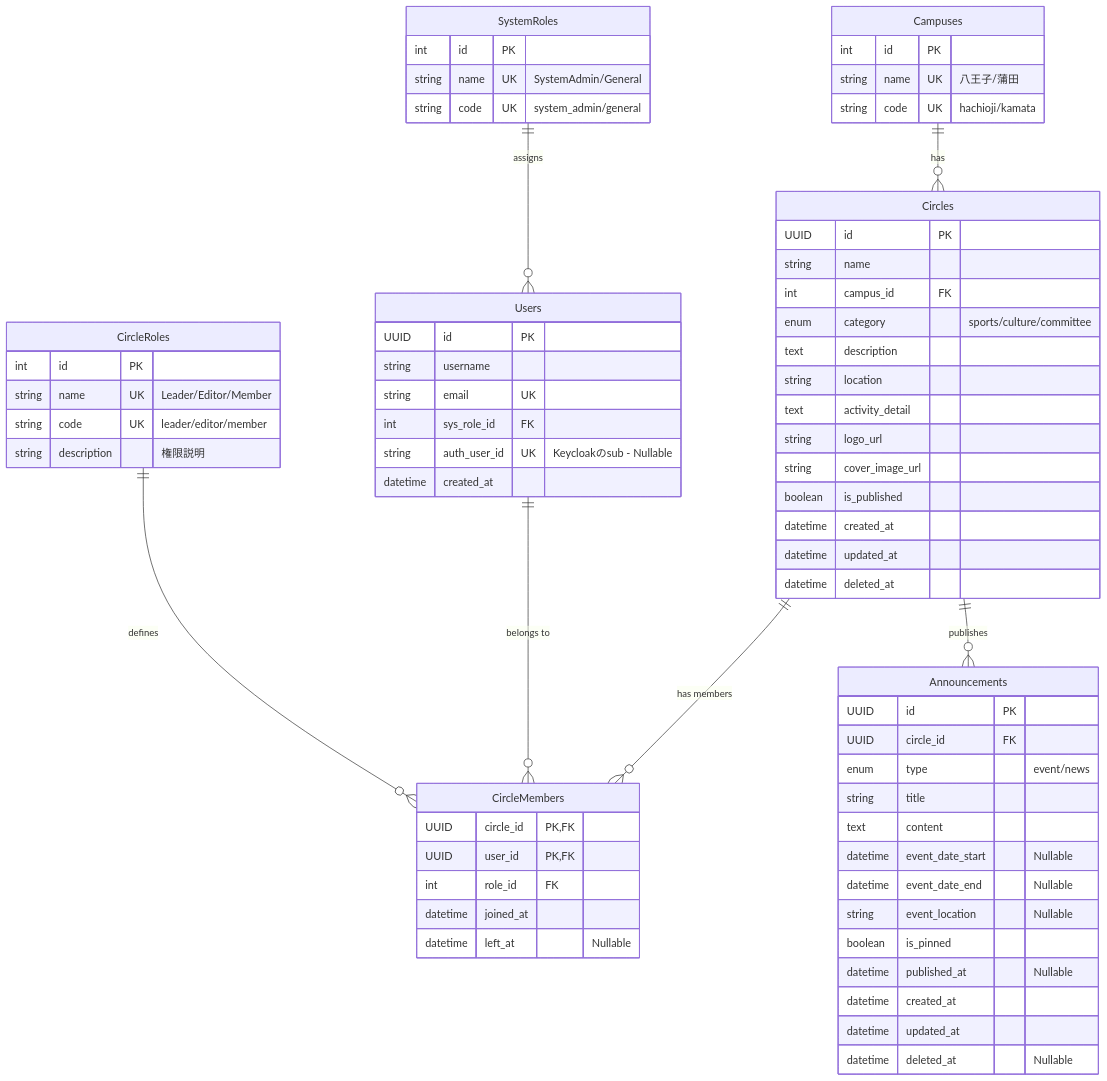
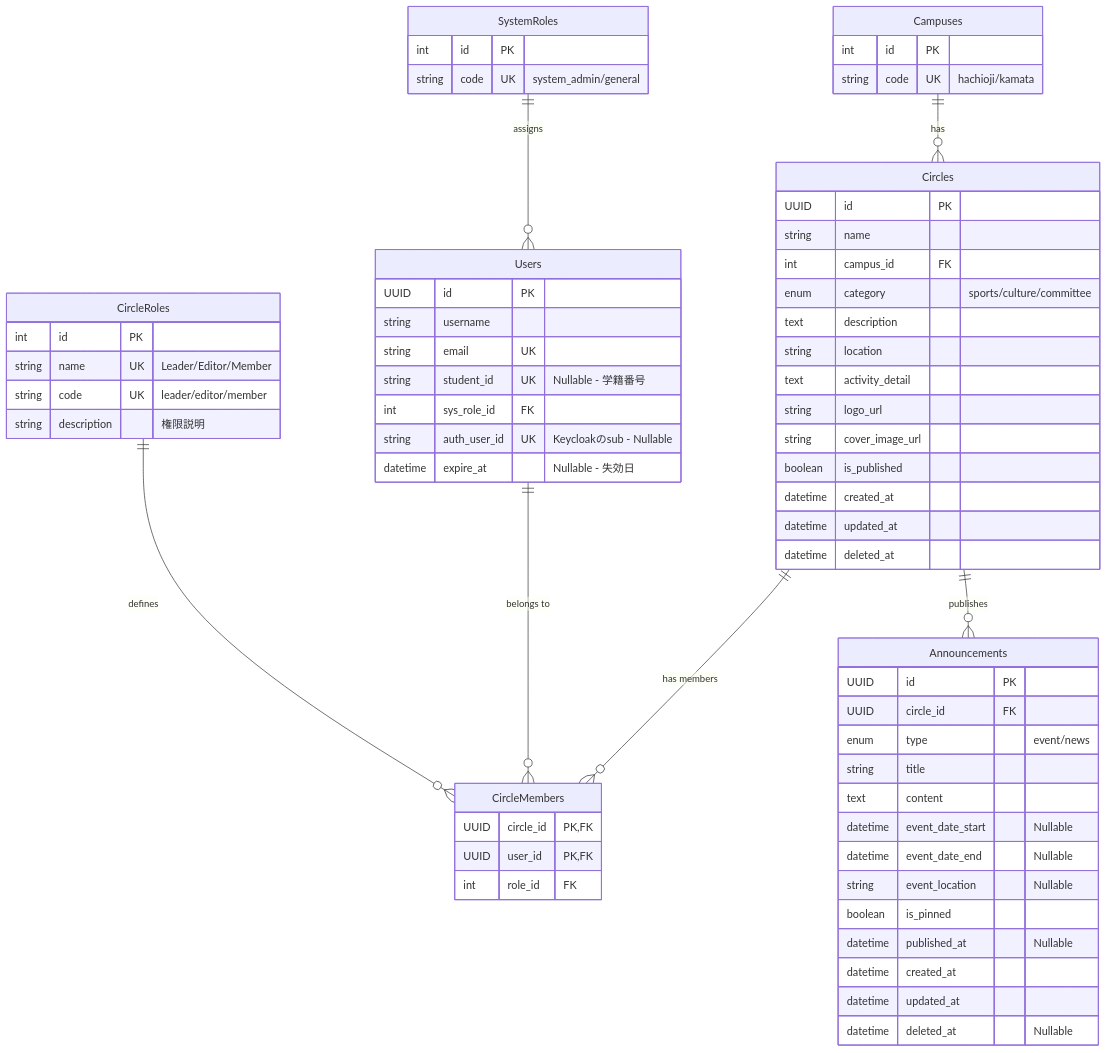
The third of 4 diagrams in docs/要件定義書.md (lc-tut/CirclePortalNEXT), drawn with Mermaid before and after one commit. The commit also changed other lines of this file, not shown here.

````diff
--- a/docs/要件定義書.md
+++ b/docs/要件定義書.md
@@ -305,82 +318,79 @@
 ```mermaid
 erDiagram
     %% マスタテーブル
     Campuses ||--o{ Circles : "has"
     SystemRoles ||--o{ Users : "assigns"
     CircleRoles ||--o{ CircleMembers : "defines"
     
     %% メインテーブル
     Users ||--o{ CircleMembers : "belongs to"
     Circles ||--o{ CircleMembers : "has members"
     Circles ||--o{ Announcements : "publishes"
 
     %% マスタテーブル定義
     Campuses {
         int id PK
-        string name UK "八王子/蒲田"
         string code UK "hachioji/kamata"
     }
     
     SystemRoles {
         int id PK
-        string name UK "SystemAdmin/General"
         string code UK "system_admin/general"
     }
     
     CircleRoles {
         int id PK
         string name UK "Leader/Editor/Member"
         string code UK "leader/editor/member"
         string description "権限説明"
     }
 
     %% メインテーブル定義
     Users {
         UUID id PK
         string username
         string email UK
+        string student_id UK "Nullable - 学籍番号"
         int sys_role_id FK
         string auth_user_id UK "Keycloakのsub - Nullable"
-        datetime created_at
+        datetime expire_at "Nullable - 失効日"
     }
 
     Circles {
         UUID id PK
         string name
         int campus_id FK
         enum category "sports/culture/committee"
         text description
         string location
         text activity_detail
         string logo_url
         string cover_image_url
         boolean is_published
         datetime created_at
         datetime updated_at
         datetime deleted_at
     }
 
     CircleMembers {
         UUID circle_id PK, FK
         UUID user_id PK, FK
         int role_id FK
-        datetime joined_at
-        datetime left_at "Nullable"
     }
 
     Announcements {
         UUID id PK
         UUID circle_id FK
         enum type "event/news"
         string title
         text content
         datetime event_date_start "Nullable"
         datetime event_date_end "Nullable"
         string event_location "Nullable"
         boolean is_pinned
         datetime published_at "Nullable"
         datetime created_at
         datetime updated_at
         datetime deleted_at "Nullable"
     }
 ```
````
